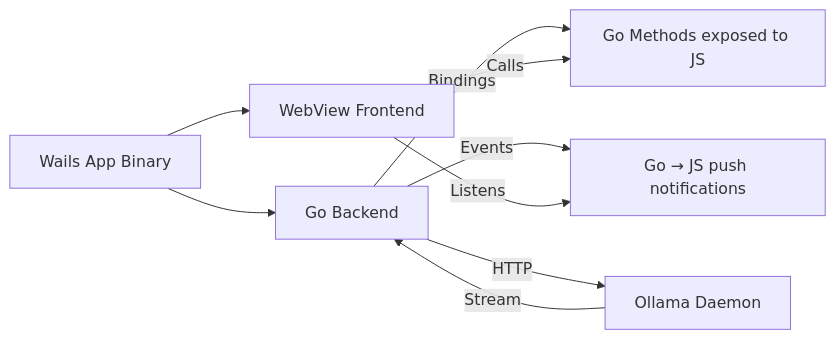
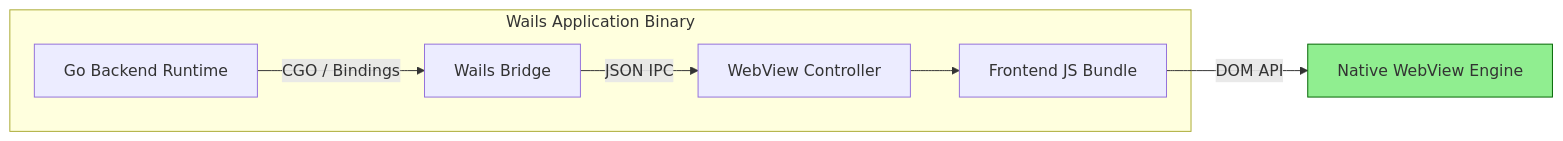
One commit to Leito2/Learning changed the first of 6 diagrams in Software Engineering/02 - Go Engineering/05 - Local AI with Go/05 - Desktop Apps with Wails.md. Above: the diagram before and after it, drawn with Mermaid. The commit also changed other lines of this file and 41 other files, not shown here.

````diff
--- a/Software Engineering/02 - Go Engineering/05 - Local AI with Go/05 - Desktop Apps with Wails.md
+++ b/Software Engineering/02 - Go Engineering/05 - Local AI with Go/05 - Desktop Apps with Wails.md
@@ -13,11 +215,10 @@
 ```mermaid
 graph LR
-    A[Wails App Binary] --> B[Go Backend]
-    A --> C[WebView Frontend]
-    B -->|Bindings| D[Go Methods exposed to JS]
-    B -->|Events| E[Go → JS push notifications]
-    C -->|Calls| D
-    C -->|Listens| E
-    B -->|HTTP| F[Ollama Daemon]
-    F -->|Stream| B
+    subgraph "Wails Application Binary"
+        A[Go Backend Runtime] -->|CGO / Bindings| B[Wails Bridge]
+        B -->|JSON IPC| C[WebView Controller]
+        C --> D[Frontend JS Bundle]
+    end
+    D -->|DOM API| E[Native WebView Engine]
+    style E fill:#90EE90,stroke:#006400
 ```
````
